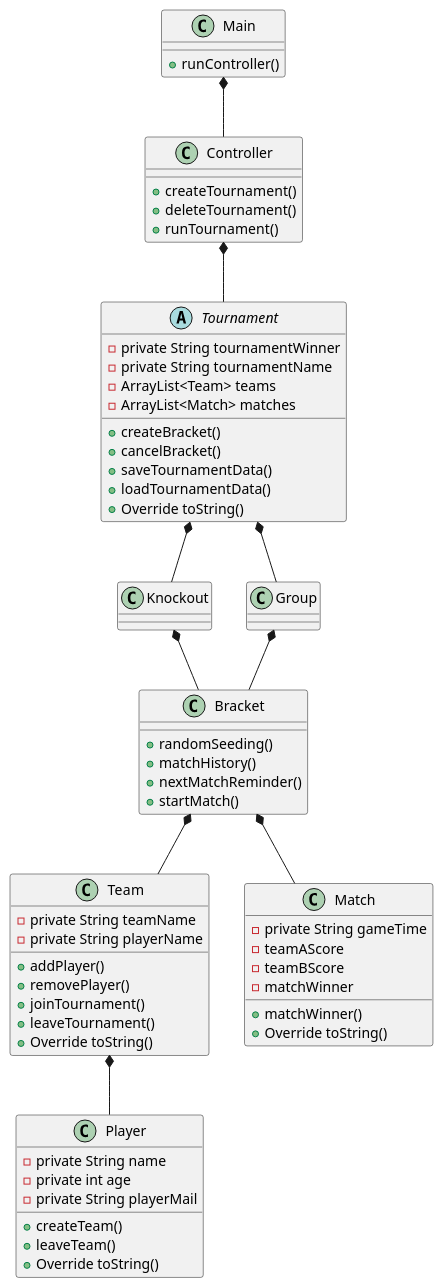
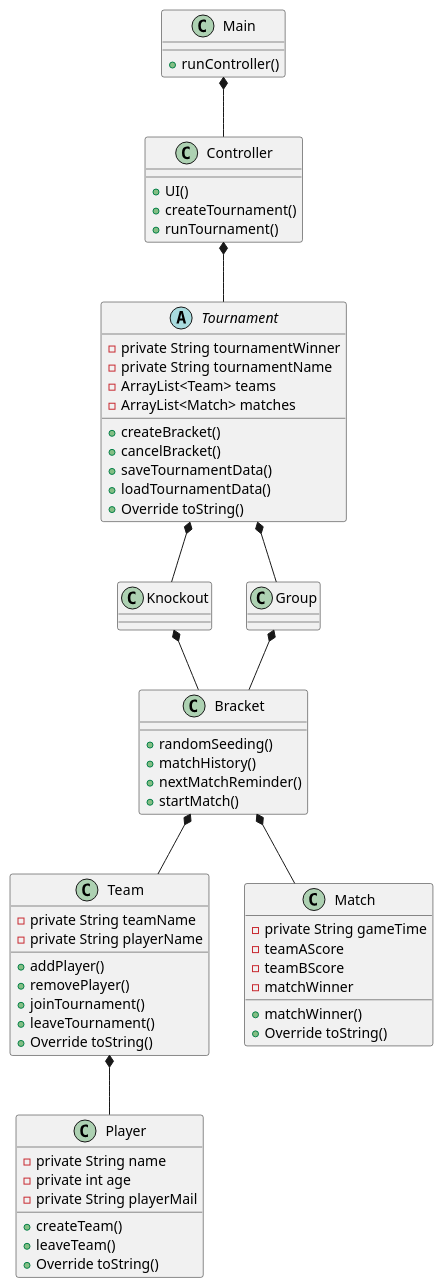
One commit to Mads725/SP3 changed the diagram in src/BordfodboldTurnering.puml. Above: the diagram before and after it, drawn with PlantUML. The commit also changed 1 other file, not shown here.

Commit message:
UML update

```diff
--- a/src/BordfodboldTurnering.puml
+++ b/src/BordfodboldTurnering.puml
@@ -1,71 +1,71 @@
 @startuml
 Abstract Tournament
 class Controller
 class Team
 class Match
 class Bracket
 class Player
 class Main
 class Knockout
 class Group
 
 
 Main *-- Controller
 Controller *-- Tournament
 Tournament *-- Knockout
 Tournament *-- Group
 Knockout *-- Bracket
 Group *-- Bracket
 Bracket *-- Team
 Bracket *-- Match
 Team *-- Player
 
 Main : + runController()
 
+Controller : + UI()
 Controller : + createTournament()
-Controller : + deleteTournament()
 Controller : + runTournament()
 
 Tournament : - private String tournamentWinner
 Tournament : - private String tournamentName
 Tournament : + createBracket()
 Tournament : + cancelBracket()
 Tournament : - ArrayList<Team> teams
 Tournament : - ArrayList<Match> matches
 Tournament : + saveTournamentData()
 Tournament : + loadTournamentData()
 Tournament : + Override toString()
 
 Bracket : + randomSeeding()
 Bracket : + matchHistory()
 Bracket : + nextMatchReminder()
 Bracket : + startMatch()
 
 
 Team : - private String teamName
 Team : - private String playerName
 Team : + addPlayer()
 Team : + removePlayer()
 Team : + joinTournament()
 Team : + leaveTournament()
 Team : + Override toString()
 
 Match : - private String gameTime
 Match : + matchWinner()
 Match : + Override toString()
 Match : - teamAScore
 Match : - teamBScore
 Match : - matchWinner
 
 
 Player : - private String name
 Player : - private int age
 Player : + createTeam()
 Player : + leaveTeam()
 Player : - private String playerMail
 Player : + Override toString()
 
 
 
 
 @enduml
```
